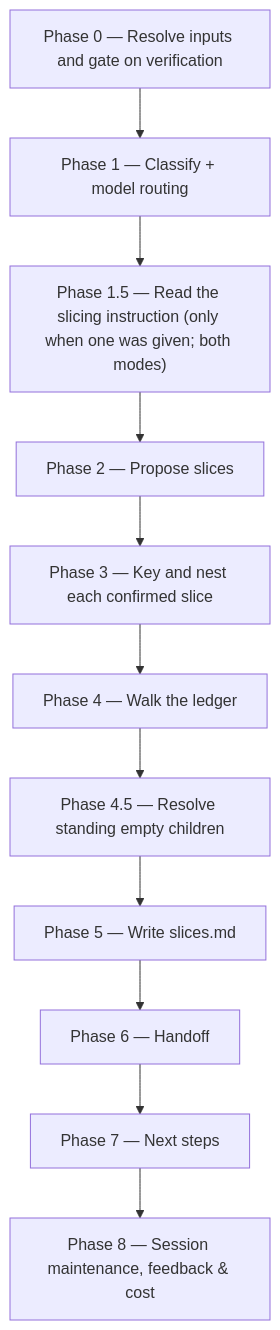
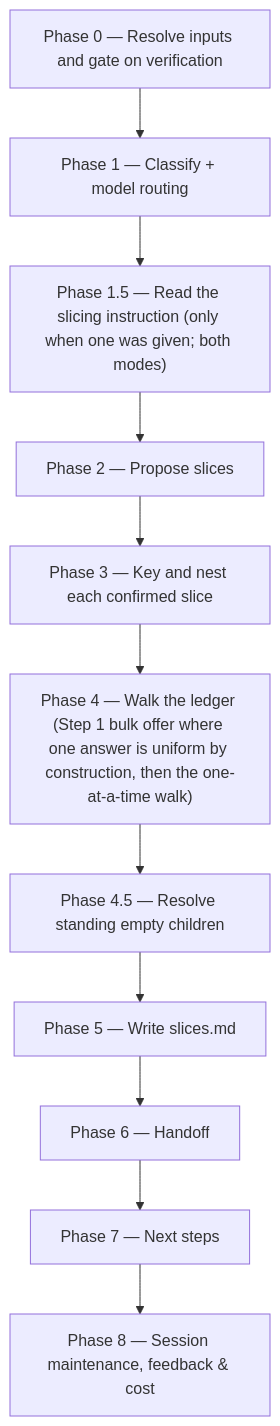
One commit to ihudak/ihudak-claude-plugins changed the diagram in plugins/dev-workflows/docs/commands/brd-split.md. Above: the diagram before and after it, drawn with Mermaid. The commit also changed other lines of this file and 2 other files, not shown here.

````diff
--- a/plugins/dev-workflows/docs/commands/brd-split.md
+++ b/plugins/dev-workflows/docs/commands/brd-split.md
@@ -98,13 +103,13 @@
 ```mermaid
 flowchart TD
     p0["Phase 0 — Resolve inputs and gate on verification"] --> p1["Phase 1 — Classify + model routing"]
     p1 --> p15["Phase 1.5 — Read the slicing instruction (only when one was given; both modes)"]
     p15 --> p2["Phase 2 — Propose slices"]
     p2 --> p3["Phase 3 — Key and nest each confirmed slice"]
-    p3 --> p4["Phase 4 — Walk the ledger"]
+    p3 --> p4["Phase 4 — Walk the ledger (Step 1 bulk offer where one answer is uniform by construction, then the one-at-a-time walk)"]
     p4 --> p45["Phase 4.5 — Resolve standing empty children"]
     p45 --> p5["Phase 5 — Write slices.md"]
     p5 --> p6["Phase 6 — Handoff"]
     p6 --> p7["Phase 7 — Next steps"]
     p7 --> p8["Phase 8 — Session maintenance, feedback & cost"]
 ```
````
